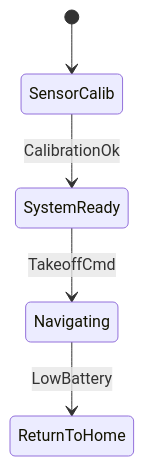
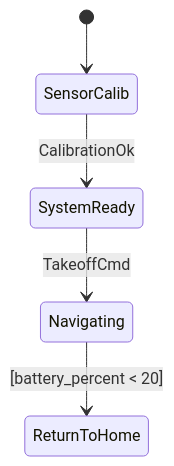
The third of 3 diagrams in docs/index.md (simoneCavalleri/fsmc), drawn with Mermaid before and after one commit. The commit also changed other lines of this file and 13 other files, not shown here.

````diff
--- a/docs/index.md
+++ b/docs/index.md
@@ -131,7 +131,7 @@
     ```mermaid
     stateDiagram-v2
         [*] --> SensorCalib
         SensorCalib --> SystemReady : CalibrationOk
         SystemReady --> Navigating : TakeoffCmd
-        Navigating --> ReturnToHome : LowBattery
+        Navigating --> ReturnToHome : [battery_percent < 20]
     ```
````
